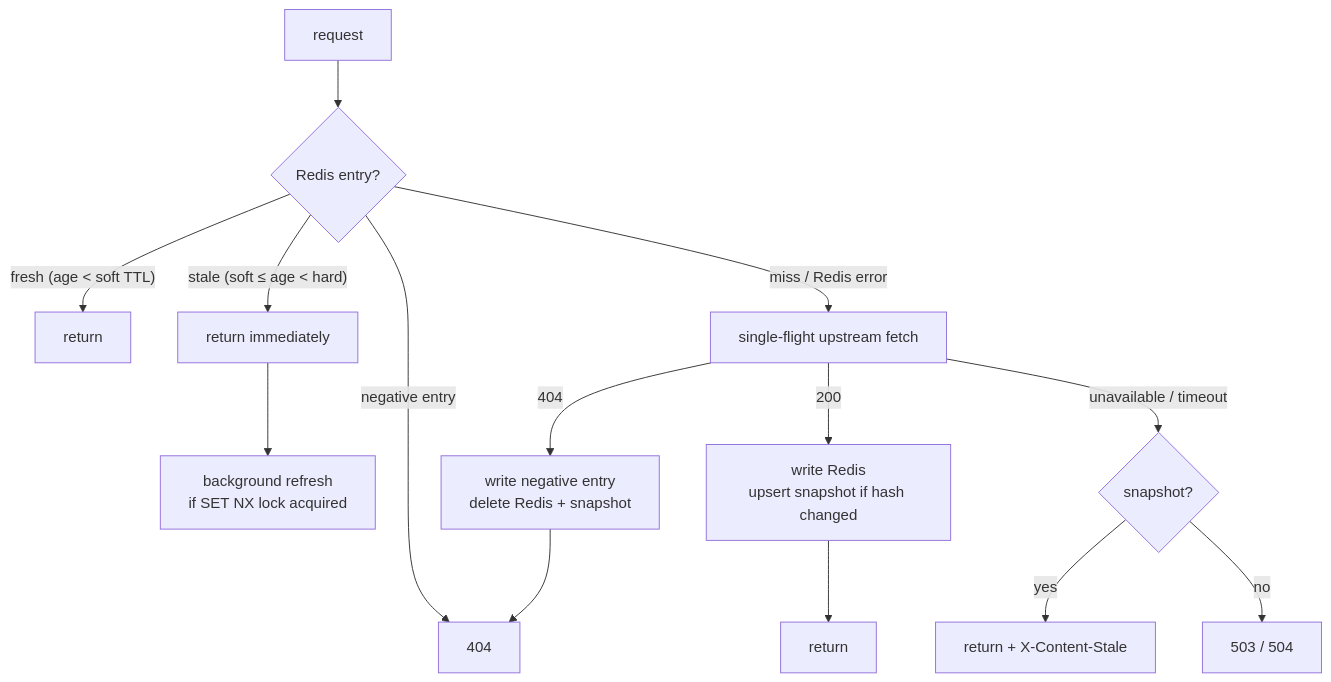
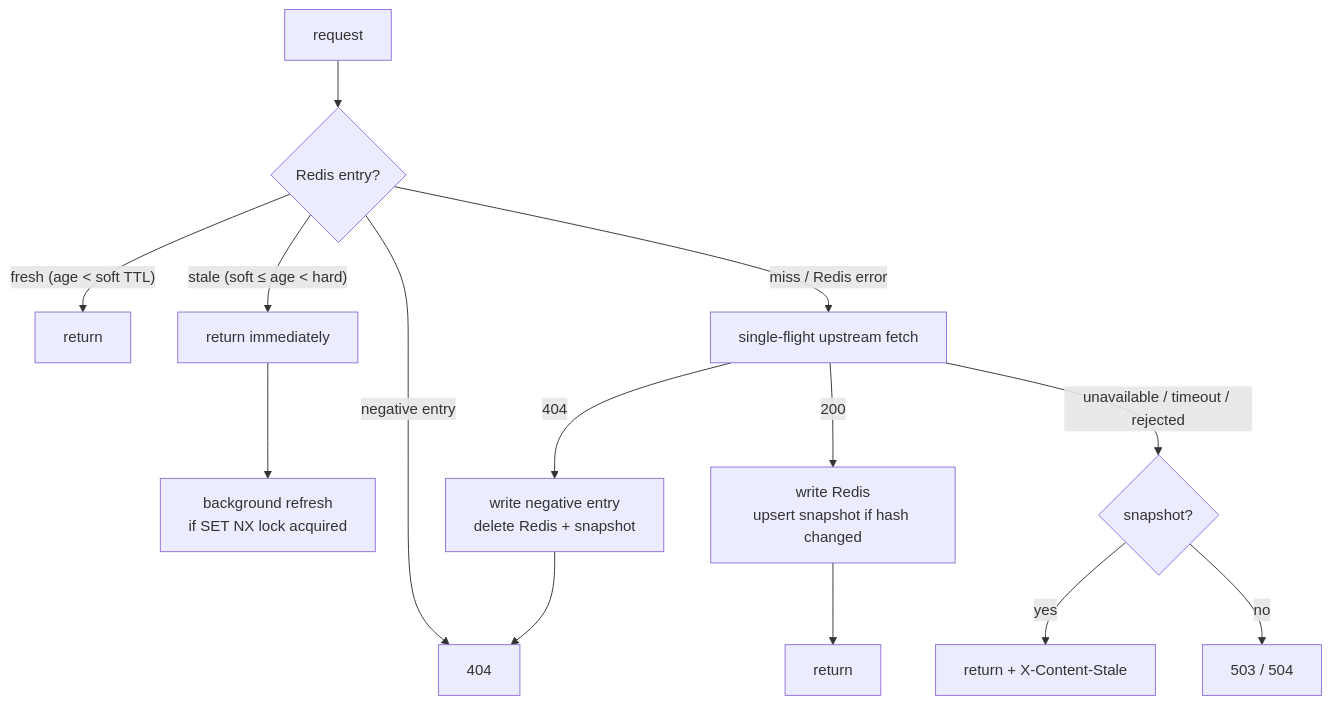
The second of 2 diagrams in docs/design.md (fordona/fordona-boost-cms-bridge), drawn with Mermaid before and after one commit. The commit also changed other lines of this file and 5 other files, not shown here.

````diff
--- a/docs/design.md
+++ b/docs/design.md
@@ -186,13 +186,13 @@
 ```mermaid
 flowchart TD
     A[request] --> B{Redis entry?}
     B -- "fresh (age < soft TTL)" --> R1[return]
     B -- "stale (soft ≤ age < hard)" --> C[return immediately] --> D[background refresh\nif SET NX lock acquired]
     B -- "negative entry" --> NF[404]
     B -- "miss / Redis error" --> E[single-flight upstream fetch]
     E -- "200" --> F[write Redis\nupsert snapshot if hash changed] --> R2[return]
     E -- "404" --> G[write negative entry\ndelete Redis + snapshot] --> NF
-    E -- "unavailable / timeout" --> H{snapshot?}
+    E -- "unavailable / timeout / rejected" --> H{snapshot?}
     H -- yes --> R3[return + X-Content-Stale]
     H -- no --> X[503 / 504]
 ```
````
